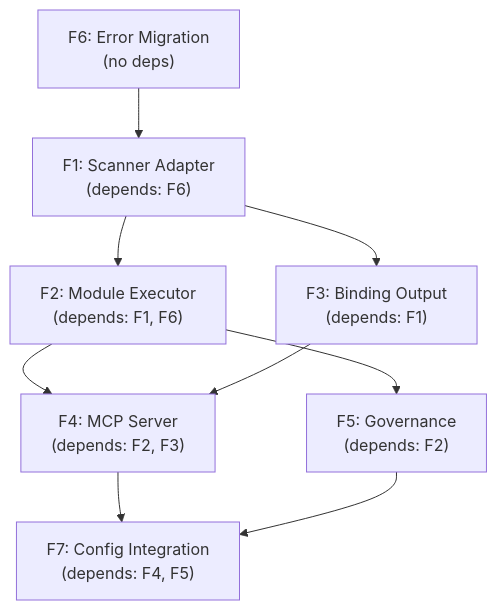
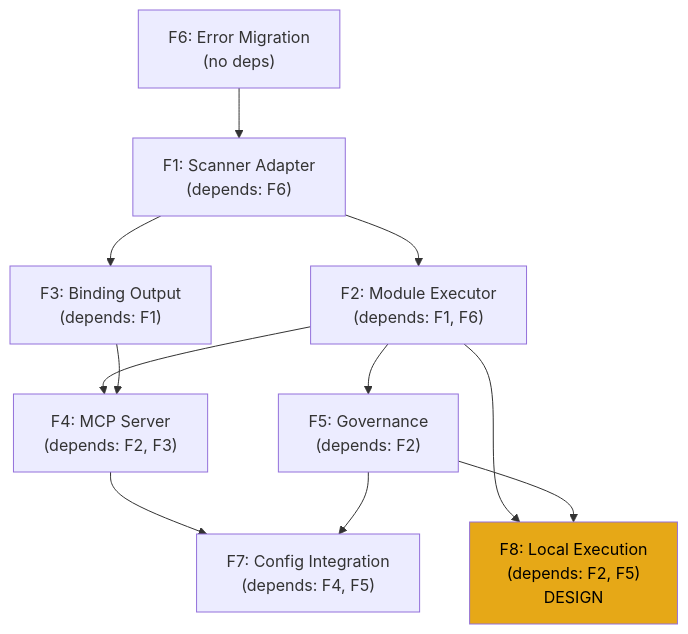
One commit to aiperceivable/apexe changed the diagram in docs/features/v2-overview.md. Above: the diagram before and after it, drawn with Mermaid. The commit also changed other lines of this file and 18 other files, not shown here.

````diff
--- a/docs/features/v2-overview.md
+++ b/docs/features/v2-overview.md
@@ -27,19 +50,24 @@
 ```mermaid
 graph TD
     F6["F6: Error Migration<br/>(no deps)"]
     F1["F1: Scanner Adapter<br/>(depends: F6)"]
     F2["F2: Module Executor<br/>(depends: F1, F6)"]
     F3["F3: Binding Output<br/>(depends: F1)"]
     F4["F4: MCP Server<br/>(depends: F2, F3)"]
     F5["F5: Governance<br/>(depends: F2)"]
     F7["F7: Config Integration<br/>(depends: F4, F5)"]
+    F8["F8: Local Execution<br/>(depends: F2, F5)<br/>DESIGN"]
 
     F6 --> F1
     F1 --> F2
     F1 --> F3
     F2 --> F4
     F3 --> F4
     F2 --> F5
     F4 --> F7
     F5 --> F7
+    F2 --> F8
+    F5 --> F8
+
+    style F8 fill:#e6a817,color:#000
 ```
````
